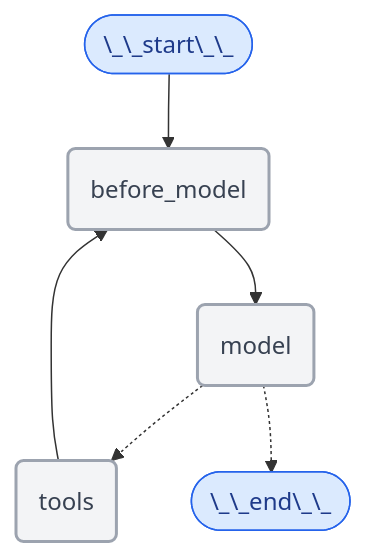
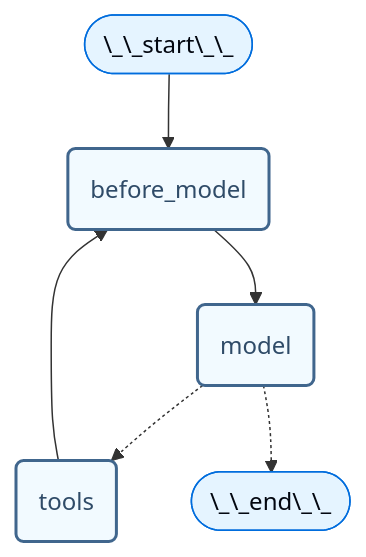
Before and after one commit to kunfan96/cndocs-langchain: the first of 2 diagrams in oss/javascript/langchain/short-term-memory.mdx, drawn with Mermaid. The commit also changed other lines of this file and 2538 other files, not shown here.

````diff
--- a/oss/javascript/langchain/short-term-memory.mdx
+++ b/oss/javascript/langchain/short-term-memory.mdx
@@ -515,26 +548,26 @@
 ```mermaid
 %%{
     init: {
         "fontFamily": "monospace",
         "flowchart": {
         "curve": "basis"
         }
     }
 }%%
 graph TD
     S(["\_\_start\_\_"])
     PRE(before_model)
     MODEL(model)
     TOOLS(tools)
     END(["\_\_end\_\_"])
     S --> PRE
     PRE --> MODEL
     MODEL -.-> TOOLS
     MODEL -.-> END
     TOOLS --> PRE
-    classDef blueHighlight fill:#DBEAFE,stroke:#2563EB,color:#1E3A8A;
-    classDef neutral fill:#F3F4F6,stroke:#9CA3AF,stroke-width:2px,color:#374151;
+    classDef blueHighlight fill:#E5F4FF,stroke:#006DDD,color:#030710;
+    classDef neutral fill:#F2FAFF,stroke:#40668D,stroke-width:2px,color:#2F4B68;
     class S blueHighlight;
     class END blueHighlight;
     class PRE,MODEL,TOOLS neutral;
 ```
````
